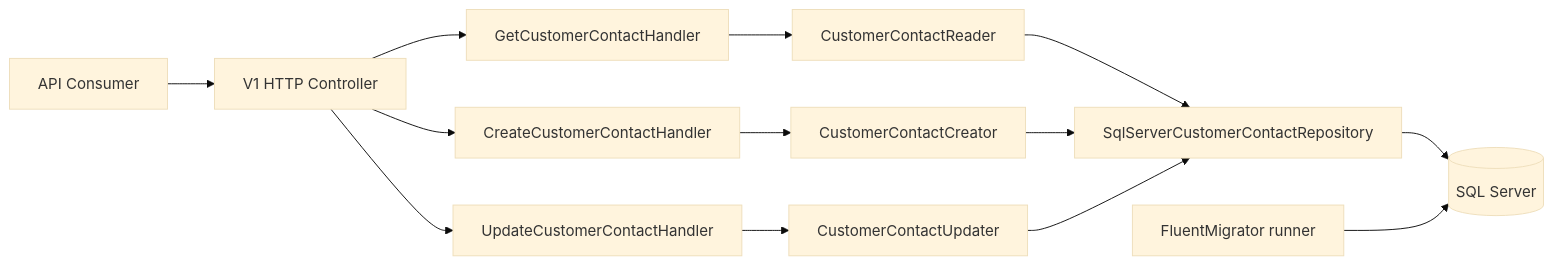
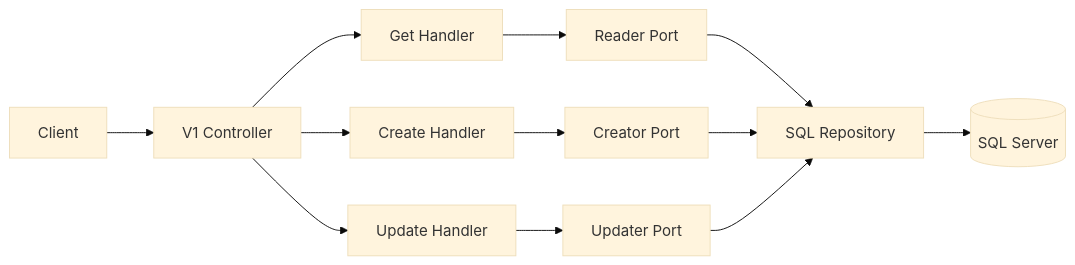
The first of 4 diagrams in README.md (evalverde-eng/aida-parallel-changes-workshop), drawn with Mermaid (base theme) before and after one commit. The commit also changed other lines of this file and 5 other files, not shown here.

Commit message:
docs: align workshop guidance architecture narrative and policy rules

````diff
--- a/README.md
+++ b/README.md
@@ -21,15 +68,14 @@
 ```mermaid
 flowchart LR
-  Consumer[API Consumer] --> Controller[V1 HTTP Controller]
-  Controller --> GetHandler[GetCustomerContactHandler]
-  Controller --> CreateHandler[CreateCustomerContactHandler]
-  Controller --> UpdateHandler[UpdateCustomerContactHandler]
-  GetHandler --> ReaderPort[CustomerContactReader]
-  CreateHandler --> CreatorPort[CustomerContactCreator]
-  UpdateHandler --> UpdaterPort[CustomerContactUpdater]
-  ReaderPort --> SqlRepo[SqlServerCustomerContactRepository]
-  CreatorPort --> SqlRepo
-  UpdaterPort --> SqlRepo
-  SqlRepo --> Sql[(SQL Server)]
-  Migrator[FluentMigrator runner] --> Sql
+  Client[Client] --> Controller[V1 Controller]
+  Controller --> GetHandler[Get Handler]
+  Controller --> CreateHandler[Create Handler]
+  Controller --> UpdateHandler[Update Handler]
+  GetHandler --> ReaderPort[Reader Port]
+  CreateHandler --> CreatorPort[Creator Port]
+  UpdateHandler --> UpdaterPort[Updater Port]
+  ReaderPort --> Repo[SQL Repository]
+  CreatorPort --> Repo
+  UpdaterPort --> Repo
+  Repo --> Sql[(SQL Server)]
 ```
````
